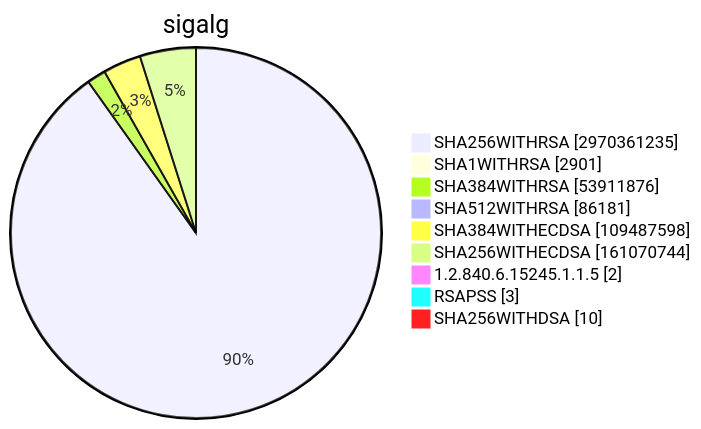
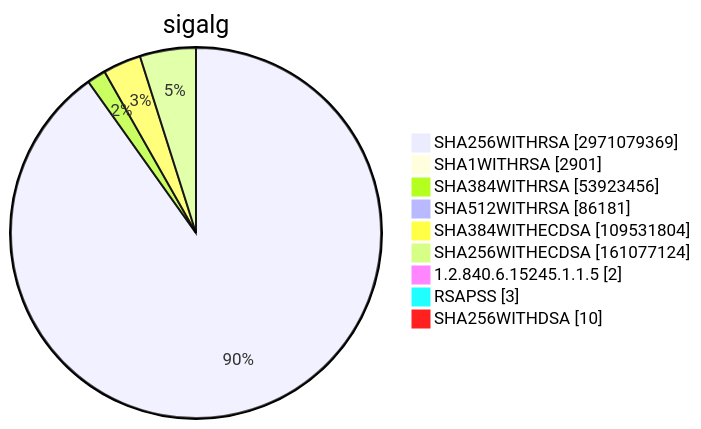
One commit to christiankrug/ctmonitor_visualization changed diagram 15 of 15 in TOTAL/README.md. Above: the diagram before and after it, drawn with Mermaid. The commit also changed other lines of this file, not shown here.

````diff
--- a/TOTAL/README.md
+++ b/TOTAL/README.md
@@ -6208,13 +6208,13 @@
 ```mermaid
 pie showData
 title sigalg
-"SHA256WITHRSA" :2970361235
+"SHA256WITHRSA" :2971079369
 "SHA1WITHRSA" :2901
-"SHA384WITHRSA" :53911876
+"SHA384WITHRSA" :53923456
 "SHA512WITHRSA" :86181
-"SHA384WITHECDSA" :109487598
-"SHA256WITHECDSA" :161070744
+"SHA384WITHECDSA" :109531804
+"SHA256WITHECDSA" :161077124
 "1.2.840.6.15245.1.1.5" :2
 "RSAPSS" :3
 "SHA256WITHDSA" :10
 ```
````
